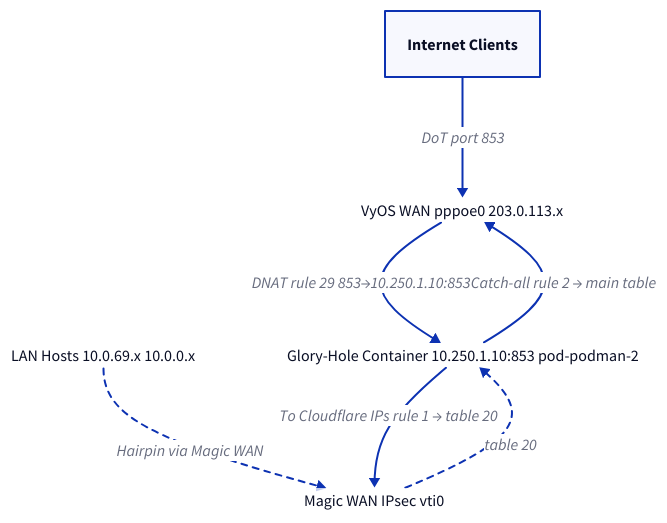
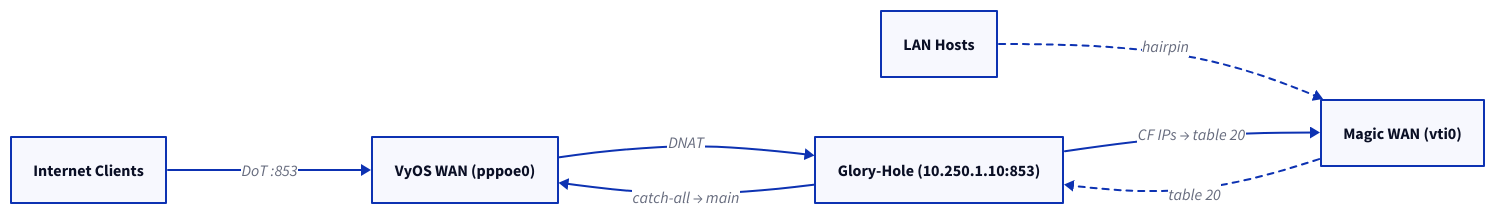
Before and after one commit to erfianugrah/lexicanum: the first of 2 diagrams in src/content/docs/guides/vyos-dot.mdx, drawn with D2. The commit also changed other lines of this file and 4 other files, not shown here.

First line of the commit message:
docs: update GH Actions guide and optimize D2 diagram layouts

````diff
--- a/src/content/docs/guides/vyos-dot.mdx
+++ b/src/content/docs/guides/vyos-dot.mdx
@@ -11,35 +11,16 @@
 ```d2
-direction: down
+direction: right
 
 Internet: Internet Clients
+WAN: VyOS WAN (pppoe0)
+Container: Glory-Hole (10.250.1.10:853)
+LAN: LAN Hosts
+MagicWAN: Magic WAN (vti0)
 
-WAN: |md
-  VyOS WAN
-  pppoe0
-  203.0.113.x
-|
-
-Container: |md
-  Glory-Hole Container
-  10.250.1.10:853
-  pod-podman-2
-|
-
-LAN: |md
-  LAN Hosts
-  10.0.69.x
-  10.0.0.x
-|
-
-MagicWAN: |md
-  Magic WAN
-  IPsec vti0
-|
-
-Internet -> WAN: DoT port 853
-WAN -> Container: "DNAT rule 29 853→10.250.1.10:853"
-LAN -> MagicWAN: "Hairpin via Magic WAN" {style.stroke-dash: 3}
+Internet -> WAN: DoT :853
+WAN -> Container: DNAT
+LAN -> MagicWAN: hairpin {style.stroke-dash: 3}
 MagicWAN -> Container: table 20 {style.stroke-dash: 3}
-Container -> MagicWAN: "To Cloudflare IPs rule 1 → table 20"
-Container -> WAN: "Catch-all rule 2 → main table"
+Container -> MagicWAN: CF IPs → table 20
+Container -> WAN: catch-all → main
 ```
````
